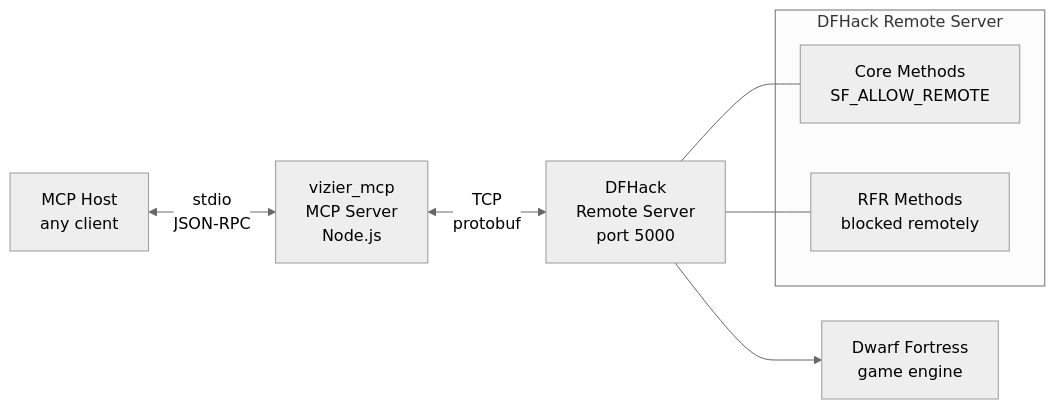
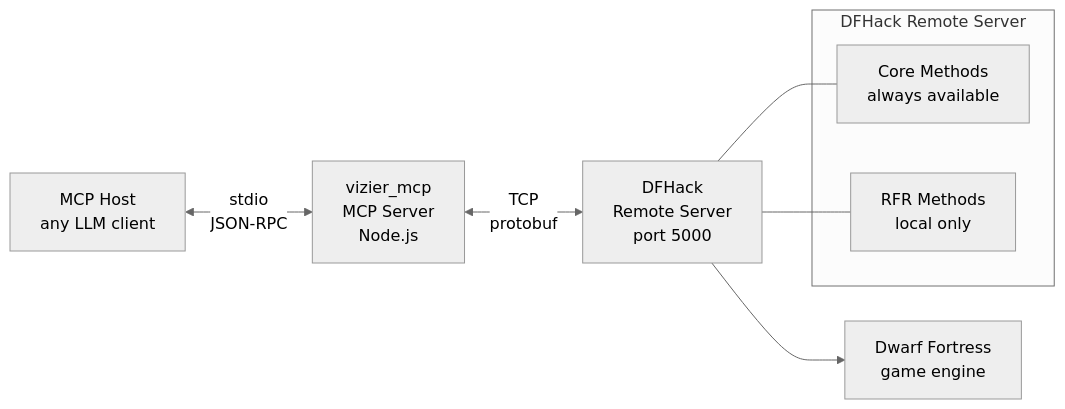
One commit to ryanbateman/vizier_mcp changed the diagram in README.md. Above: the diagram before and after it, drawn with Mermaid (neutral theme). The commit also changed other lines of this file, not shown here.

````diff
--- a/README.md
+++ b/README.md
@@ -7,14 +34,14 @@
 ```mermaid
 flowchart LR
-    A[MCP Host<br/>any client] <-->|stdio<br/>JSON-RPC| B[vizier_mcp<br/>MCP Server<br/>Node.js]
+    A[MCP Host<br/>any LLM client] <-->|stdio<br/>JSON-RPC| B[vizier_mcp<br/>MCP Server<br/>Node.js]
     B <-->|TCP<br/>protobuf| C[DFHack<br/>Remote Server<br/>port 5000]
     C --> D[Dwarf Fortress<br/>game engine]
 
     subgraph DFHack Remote Server
-        E[Core Methods<br/>SF_ALLOW_REMOTE]
-        F[RFR Methods<br/>blocked remotely]
+        E[Core Methods<br/>always available]
+        F[RFR Methods<br/>local only]
     end
 
     C --- E
     C --- F
 ```
````
